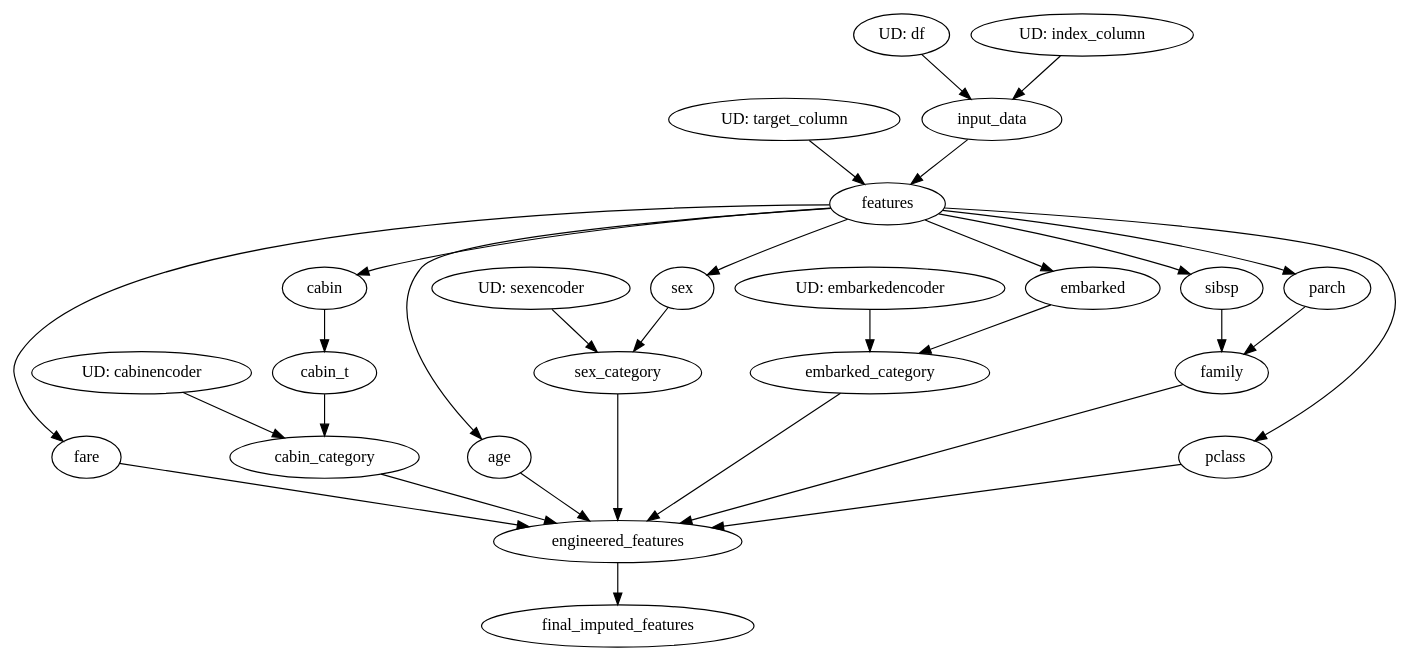
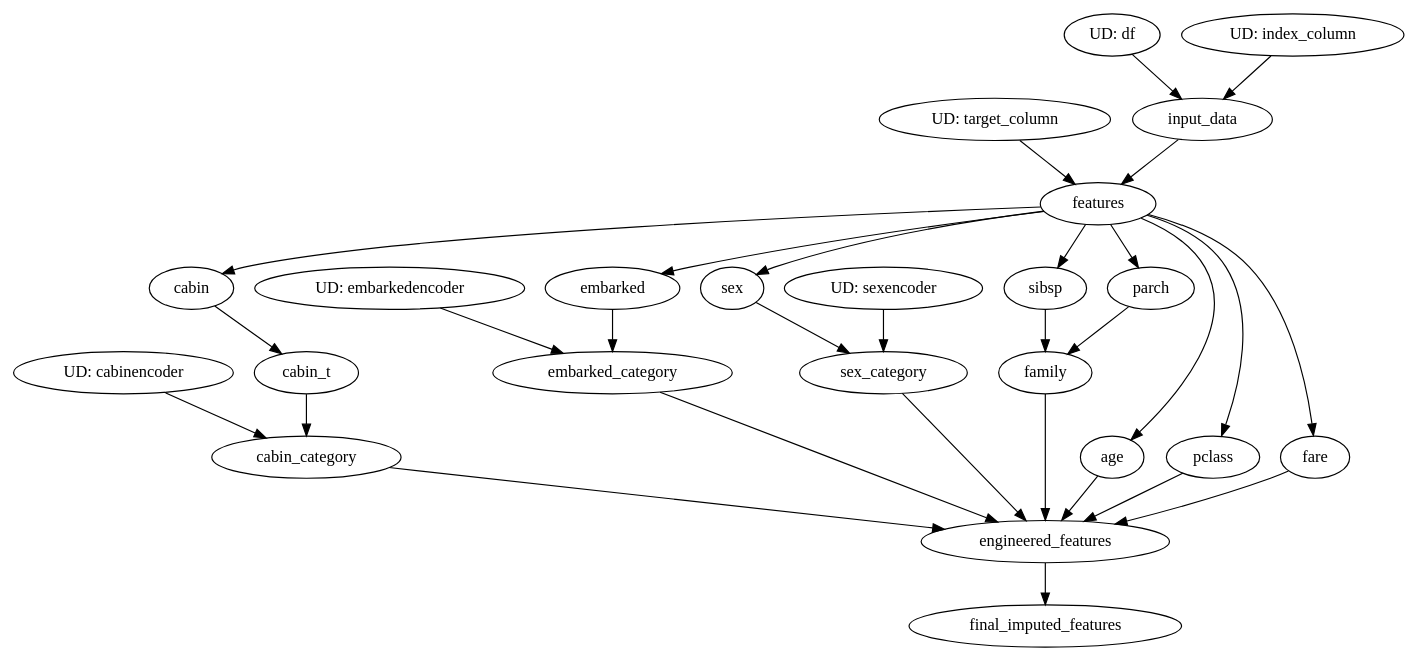
Before and after one commit to aamir09/mlops2_with_dagster: the diagram in artifacts/transtrain.dot, drawn with Graphviz. The commit also changed other lines of this file and 6 other files, not shown here.

```diff
--- a/artifacts/transtrain.dot
+++ b/artifacts/transtrain.dot
@@ -1,61 +1,61 @@
 // Dependency Graph
 digraph {
-	fare [label=fare]
+	sex [label=sex]
+	df [label=df]
+	final_imputed_features [label=final_imputed_features]
 	target_column [label=target_column]
 	cabin [label=cabin]
-	df [label=df]
-	sex [label=sex]
+	sex_category [label=sex_category]
+	cabin_t [label=cabin_t]
+	sibsp [label=sibsp]
+	parch [label=parch]
+	features [label=features]
+	family [label=family]
+	sexencoder [label=sexencoder]
 	age [label=age]
-	sex_category [label=sex_category]
-	sexencoder [label=sexencoder]
-	input_data [label=input_data]
-	final_imputed_features [label=final_imputed_features]
-	sibsp [label=sibsp]
+	index_column [label=index_column]
+	embarked_category [label=embarked_category]
+	cabinencoder [label=cabinencoder]
 	engineered_features [label=engineered_features]
 	pclass [label=pclass]
-	cabin_t [label=cabin_t]
-	index_column [label=index_column]
-	features [label=features]
+	cabin_category [label=cabin_category]
+	embarked [label=embarked]
 	embarkedencoder [label=embarkedencoder]
-	cabin_category [label=cabin_category]
-	family [label=family]
-	parch [label=parch]
-	cabinencoder [label=cabinencoder]
-	embarked [label=embarked]
-	embarked_category [label=embarked_category]
+	input_data [label=input_data]
+	fare [label=fare]
+	df [label="UD: df"]
 	cabinencoder [label="UD: cabinencoder"]
+	embarkedencoder [label="UD: embarkedencoder"]
+	target_column [label="UD: target_column"]
 	sexencoder [label="UD: sexencoder"]
-	target_column [label="UD: target_column"]
-	df [label="UD: df"]
 	index_column [label="UD: index_column"]
-	embarkedencoder [label="UD: embarkedencoder"]
-	features -> fare
+	features -> sex
+	engineered_features -> final_imputed_features
 	features -> cabin
-	features -> sex
-	features -> age
 	sex -> sex_category
 	sexencoder -> sex_category
-	df -> input_data
-	index_column -> input_data
-	engineered_features -> final_imputed_features
+	cabin -> cabin_t
 	features -> sibsp
+	features -> parch
+	input_data -> features
+	target_column -> features
+	sibsp -> family
+	parch -> family
+	features -> age
+	embarked -> embarked_category
+	embarkedencoder -> embarked_category
 	pclass -> engineered_features
 	age -> engineered_features
 	fare -> engineered_features
 	cabin_category -> engineered_features
 	sex_category -> engineered_features
 	embarked_category -> engineered_features
 	family -> engineered_features
 	features -> pclass
-	cabin -> cabin_t
-	input_data -> features
-	target_column -> features
 	cabin_t -> cabin_category
 	cabinencoder -> cabin_category
-	sibsp -> family
-	parch -> family
-	features -> parch
 	features -> embarked
-	embarked -> embarked_category
-	embarkedencoder -> embarked_category
+	df -> input_data
+	index_column -> input_data
+	features -> fare
 }
```
